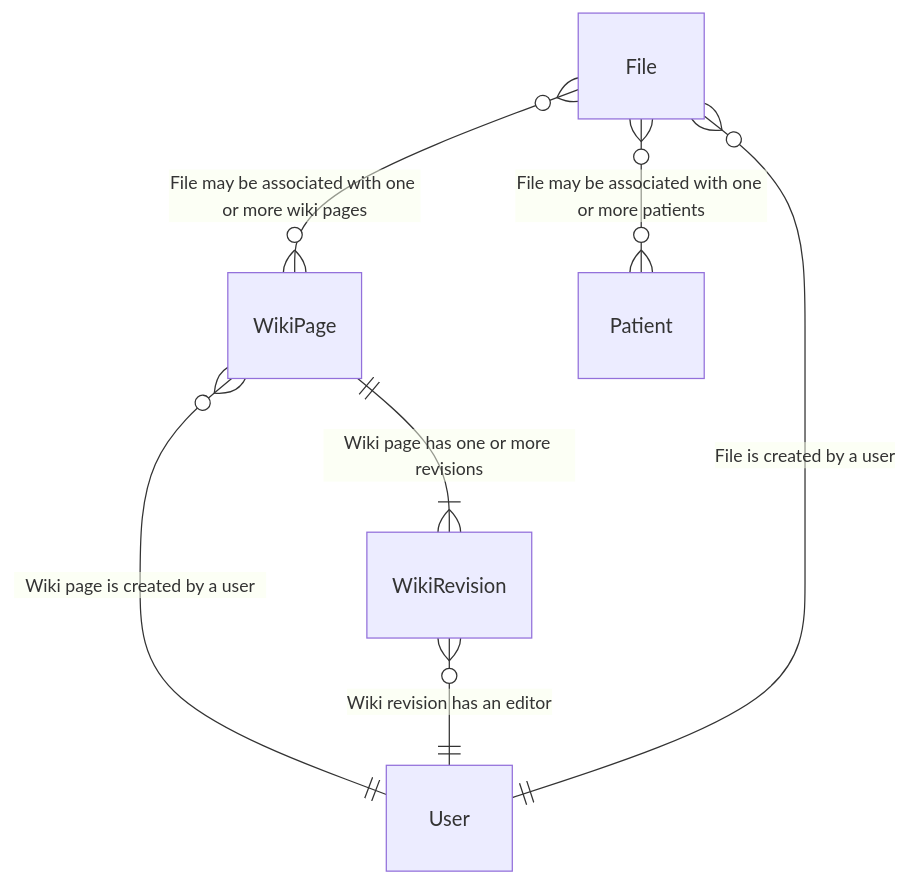
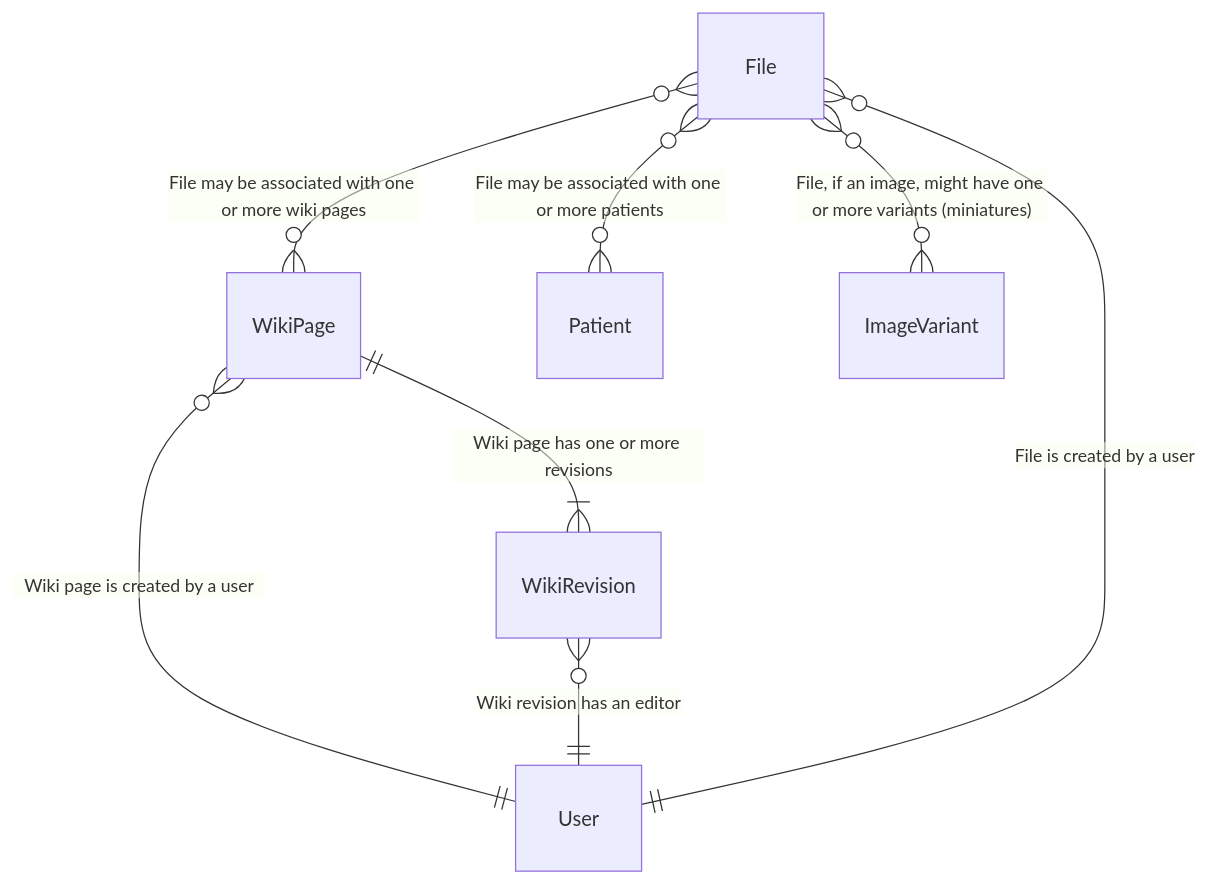
One commit to fugleadvokatene/bino changed the diagram in doc/erd-wiki.mmd. Above: the diagram before and after it, drawn with Mermaid. The commit also changed other lines of this file and 10 other files, not shown here.

```diff
--- a/doc/erd-wiki.mmd
+++ b/doc/erd-wiki.mmd
@@ -1,7 +1,8 @@
 erDiagram
     WikiPage }o--|| User : "Wiki page is created by a user"
     WikiPage ||--|{ WikiRevision : "Wiki page has one or more revisions"
     WikiRevision }o--|| User : "Wiki revision has an editor"
     File }o--o{ WikiPage : "File may be associated with one or more wiki pages"
     File }o--o{ Patient : "File may be associated with one or more patients"
+    File }o--o{ ImageVariant : "File, if an image, might have one or more variants (miniatures)"
     File }o--|| User : "File is created by a user"
```
